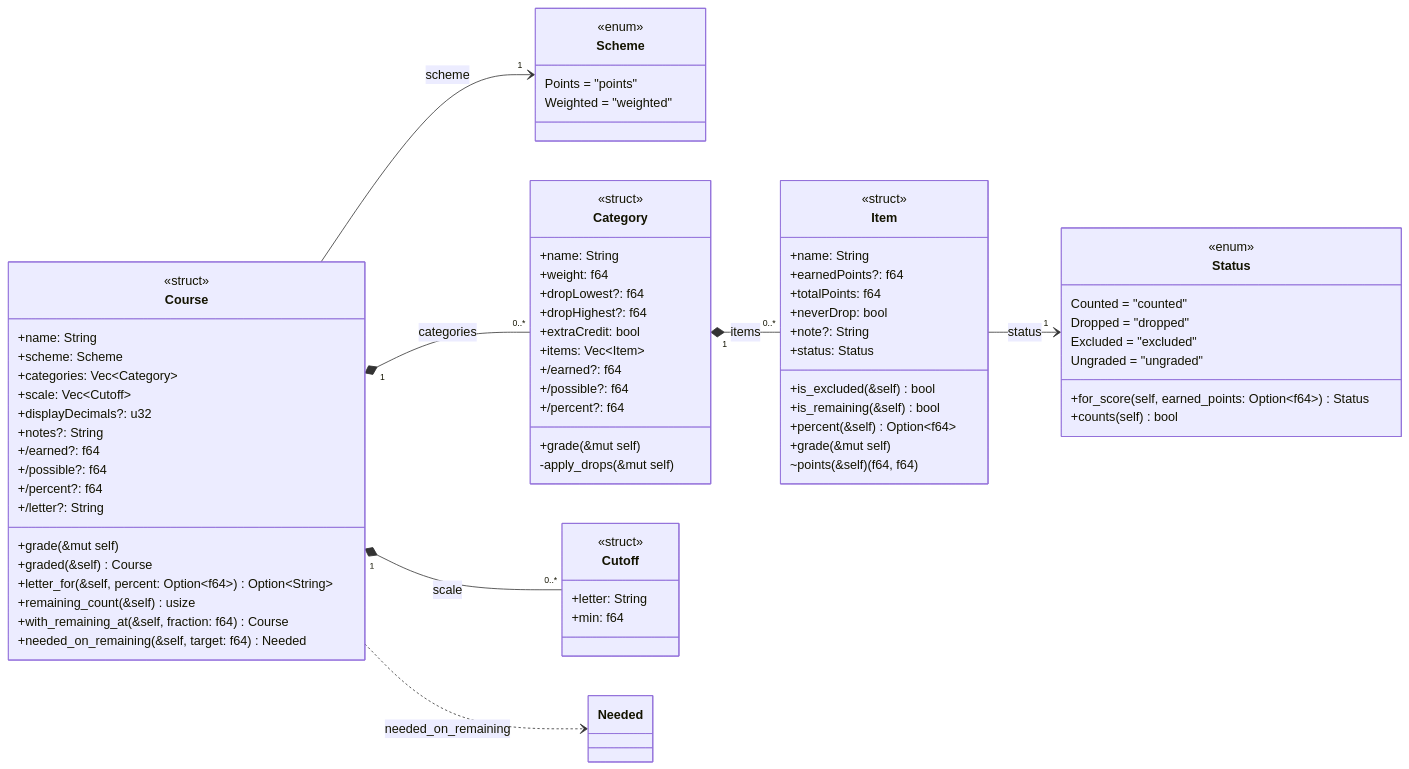
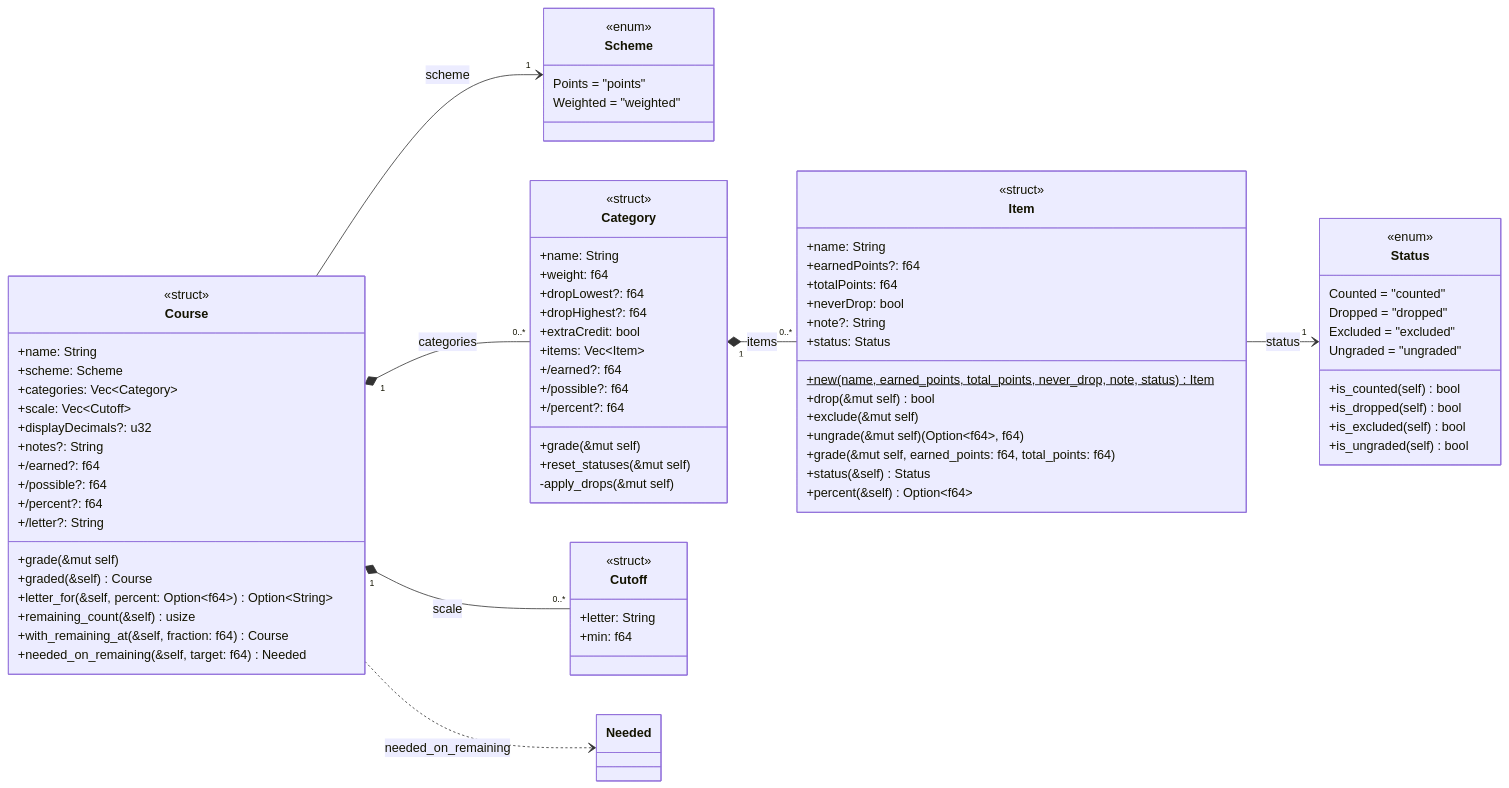
The second of 9 diagrams in docs/uml.md (Patman1O1/grade-calculator), drawn with Mermaid before and after one commit. The commit also changed other lines of this file and 10 other files, not shown here.

````diff
--- a/docs/uml.md
+++ b/docs/uml.md
@@ -74,76 +74,81 @@
 ```mermaid
 classDiagram
   direction LR
   class Scheme {
     <<enum>>
     Points = "points"
     Weighted = "weighted"
   }
   class Course {
     <<struct>>
     +name: String
     +scheme: Scheme
     +categories: Vec~Category~
     +scale: Vec~Cutoff~
     +displayDecimals?: u32
     +notes?: String
     +/earned?: f64
     +/possible?: f64
     +/percent?: f64
     +/letter?: String
     +grade(&mut self)
     +graded(&self) Course
     +letter_for(&self, percent: Option~f64~) Option~String~
     +remaining_count(&self) usize
     +with_remaining_at(&self, fraction: f64) Course
     +needed_on_remaining(&self, target: f64) Needed
   }
   class Category {
     <<struct>>
     +name: String
     +weight: f64
     +dropLowest?: f64
     +dropHighest?: f64
     +extraCredit: bool
     +items: Vec~Item~
     +/earned?: f64
     +/possible?: f64
     +/percent?: f64
     +grade(&mut self)
+    +reset_statuses(&mut self)
     -apply_drops(&mut self)
   }
   class Item {
     <<struct>>
     +name: String
     +earnedPoints?: f64
     +totalPoints: f64
     +neverDrop: bool
     +note?: String
     +status: Status
-    +is_excluded(&self) bool
-    +is_remaining(&self) bool
+    +new(name, earned_points, total_points, never_drop, note, status)$ Item
+    +drop(&mut self) bool
+    +exclude(&mut self)
+    +ungrade(&mut self) (Option~f64~, f64)
+    +grade(&mut self, earned_points: f64, total_points: f64)
+    +status(&self) Status
     +percent(&self) Option~f64~
-    +grade(&mut self)
-    ~points(&self) (f64, f64)
   }
   class Cutoff {
     <<struct>>
     +letter: String
     +min: f64
   }
   class Status {
     <<enum>>
     Counted = "counted"
     Dropped = "dropped"
     Excluded = "excluded"
     Ungraded = "ungraded"
-    +for_score(self, earned_points: Option~f64~) Status
-    +counts(self) bool
+    +is_counted(self) bool
+    +is_dropped(self) bool
+    +is_excluded(self) bool
+    +is_ungraded(self) bool
   }
   Course "1" *-- "0..*" Category : categories
   Category "1" *-- "0..*" Item : items
   Course "1" *-- "0..*" Cutoff : scale
   Course --> "1" Scheme : scheme
   Item --> "1" Status : status
   Course ..> Needed : needed_on_remaining
 ```
````
